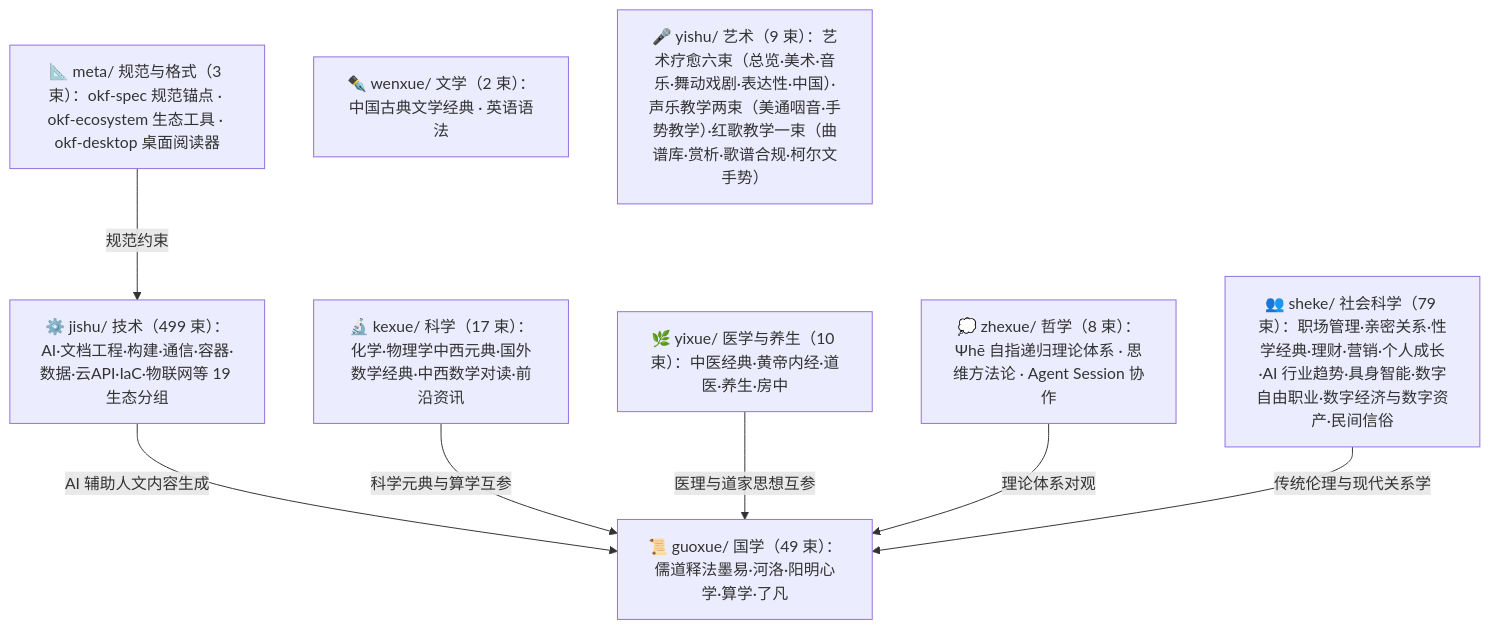
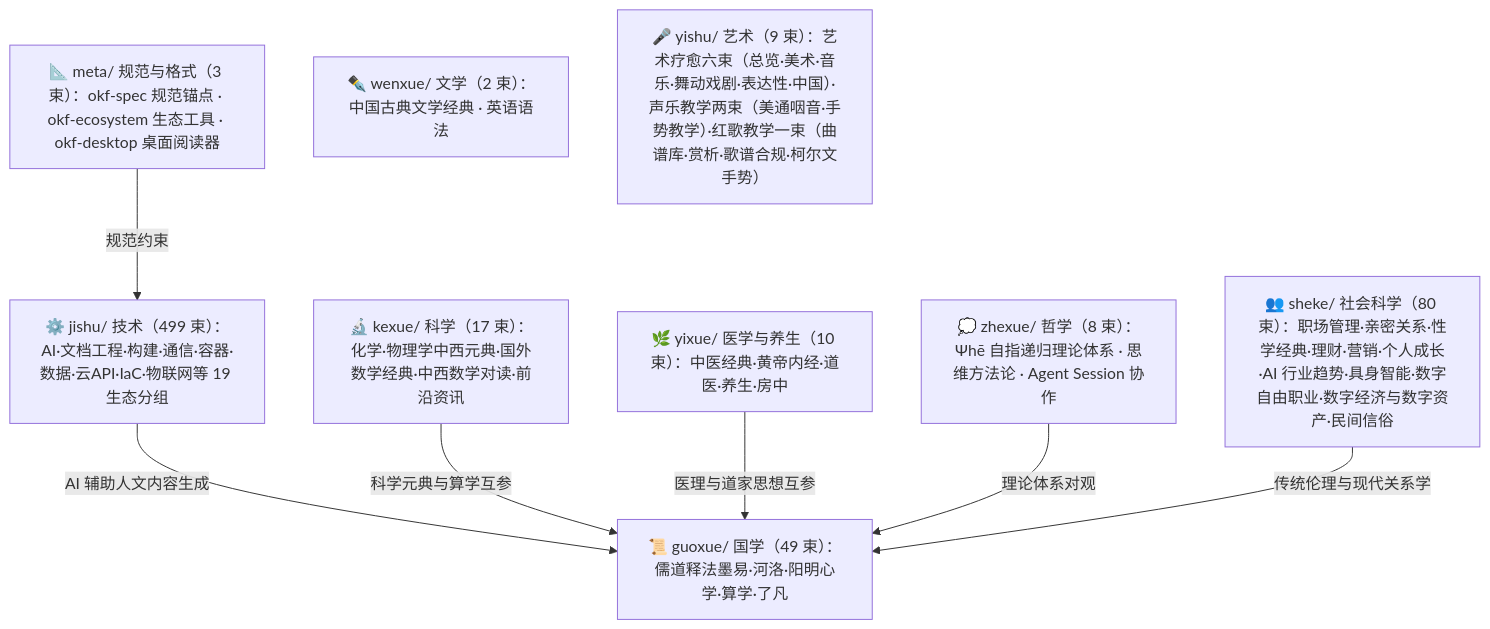
Before and after one commit to awesome-flexloop/awesome-okf: the diagram in doc/bundles/index.md, drawn with Mermaid. The commit also changed other lines of this file and 16 other files, not shown here.

````diff
--- a/doc/bundles/index.md
+++ b/doc/bundles/index.md
@@ -21,18 +21,18 @@
 ```mermaid
 flowchart TD
     meta["📐 meta/ 规范与格式（3 束）：okf-spec 规范锚点 · okf-ecosystem 生态工具 · okf-desktop 桌面阅读器"]
     guoxue["📜 guoxue/ 国学（49 束）：儒道释法墨易·河洛·阳明心学·算学·了凡"]
     zhexue["💭 zhexue/ 哲学（8 束）：Ψhē 自指递归理论体系 · 思维方法论 · Agent Session 协作"]
     kexue["🔬 kexue/ 科学（17 束）：化学·物理学中西元典·国外数学经典·中西数学对读·前沿资讯"]
     wenxue["✒️ wenxue/ 文学（2 束）：中国古典文学经典 · 英语语法"]
     yixue["🌿 yixue/ 医学与养生（10 束）：中医经典·黄帝内经·道医·养生·房中"]
-    sheke["👥 sheke/ 社会科学（79 束）：职场管理·亲密关系·性学经典·理财·营销·个人成长·AI 行业趋势·具身智能·数字自由职业·数字经济与数字资产·民间信俗"]
+    sheke["👥 sheke/ 社会科学（80 束）：职场管理·亲密关系·性学经典·理财·营销·个人成长·AI 行业趋势·具身智能·数字自由职业·数字经济与数字资产·民间信俗"]
     yishu["🎤 yishu/ 艺术（9 束）：艺术疗愈六束（总览·美术·音乐·舞动戏剧·表达性·中国）·声乐教学两束（美通咽音·手势教学）·红歌教学一束（曲谱库·赏析·歌谱合规·柯尔文手势）"]
     jishu["⚙️ jishu/ 技术（499 束）：AI·文档工程·构建·通信·容器·数据·云API·IaC·物联网等 19 生态分组"]
     meta -->|"规范约束"| jishu
     jishu -->|"AI 辅助人文内容生成"| guoxue
     kexue -->|"科学元典与算学互参"| guoxue
     yixue -->|"医理与道家思想互参"| guoxue
     zhexue -->|"理论体系对观"| guoxue
     sheke -->|"传统伦理与现代关系学"| guoxue
 ```
````
